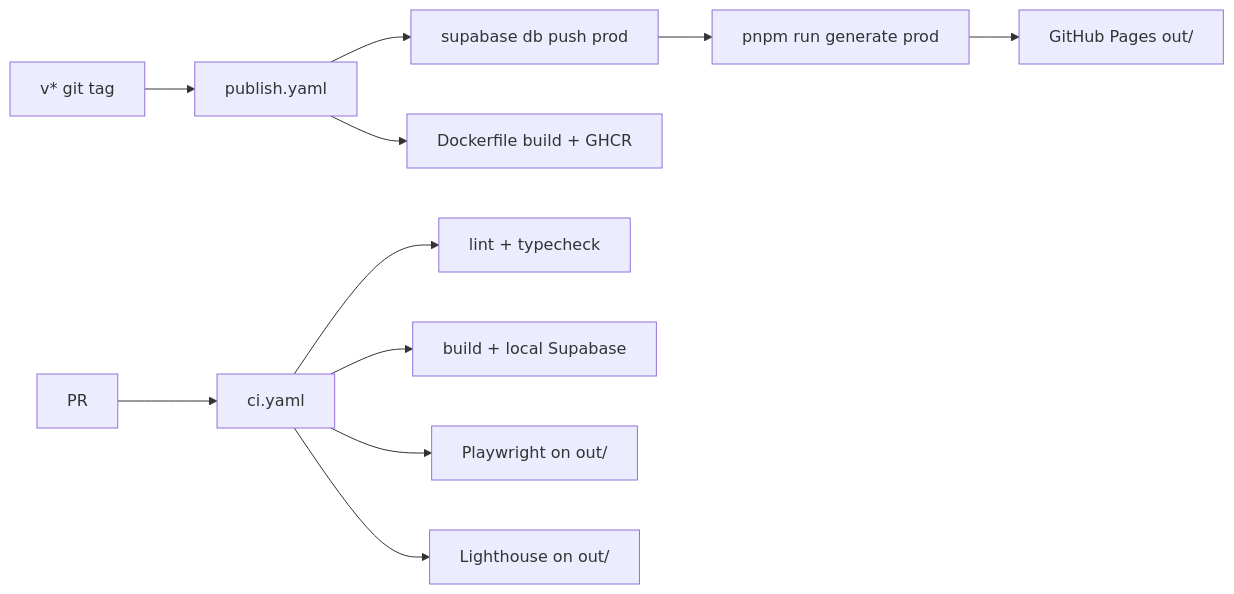
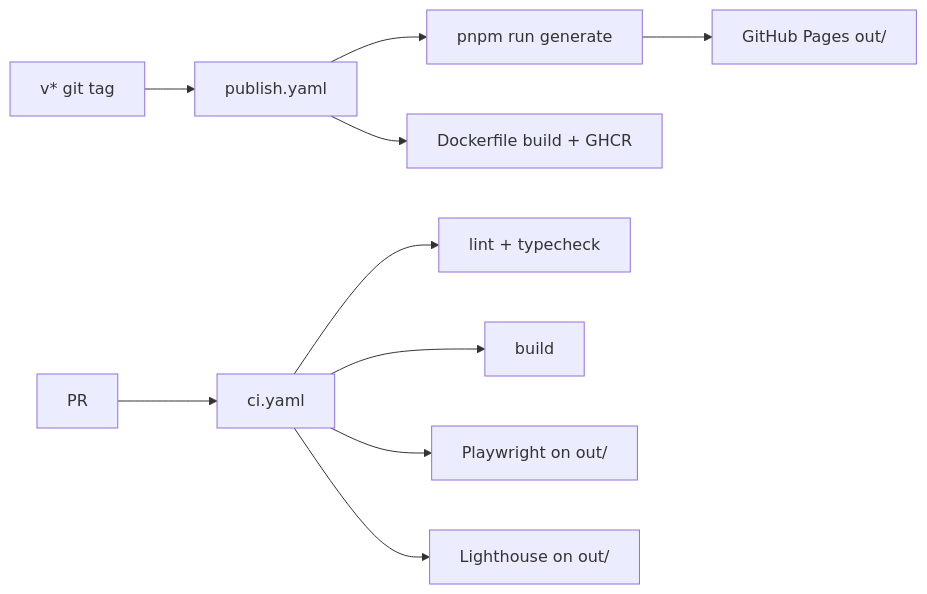
One commit to 95gabor/cv changed the third of 3 diagrams in docs/.ai/architecture.md. Above: the diagram before and after it, drawn with Mermaid. The commit also changed other lines of this file and 49 other files, not shown here.

````diff
--- a/docs/.ai/architecture.md
+++ b/docs/.ai/architecture.md
@@ -90,13 +81,12 @@
 ```mermaid
 flowchart LR
     Tag[v* git tag] --> Publish[publish.yaml]
-    Publish --> Migrate[supabase db push prod]
-    Migrate --> Build[pnpm run generate prod]
+    Publish --> Build[pnpm run generate]
     Build --> Pages[GitHub Pages out/]
     Publish --> Docker[Dockerfile build + GHCR]
     PR[PR] --> CI[ci.yaml]
     CI --> Lint[lint + typecheck]
-    CI --> Gen[build + local Supabase]
+    CI --> Gen[build]
     CI --> E2E[Playwright on out/]
     CI --> LH[Lighthouse on out/]
 ```
````
